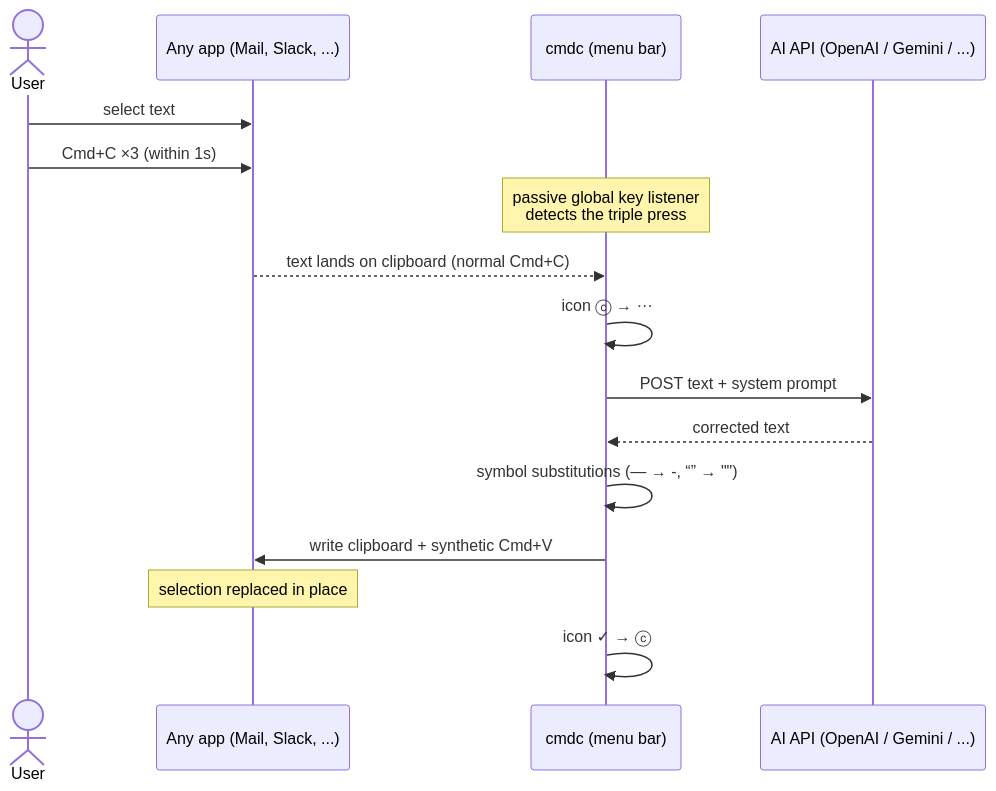
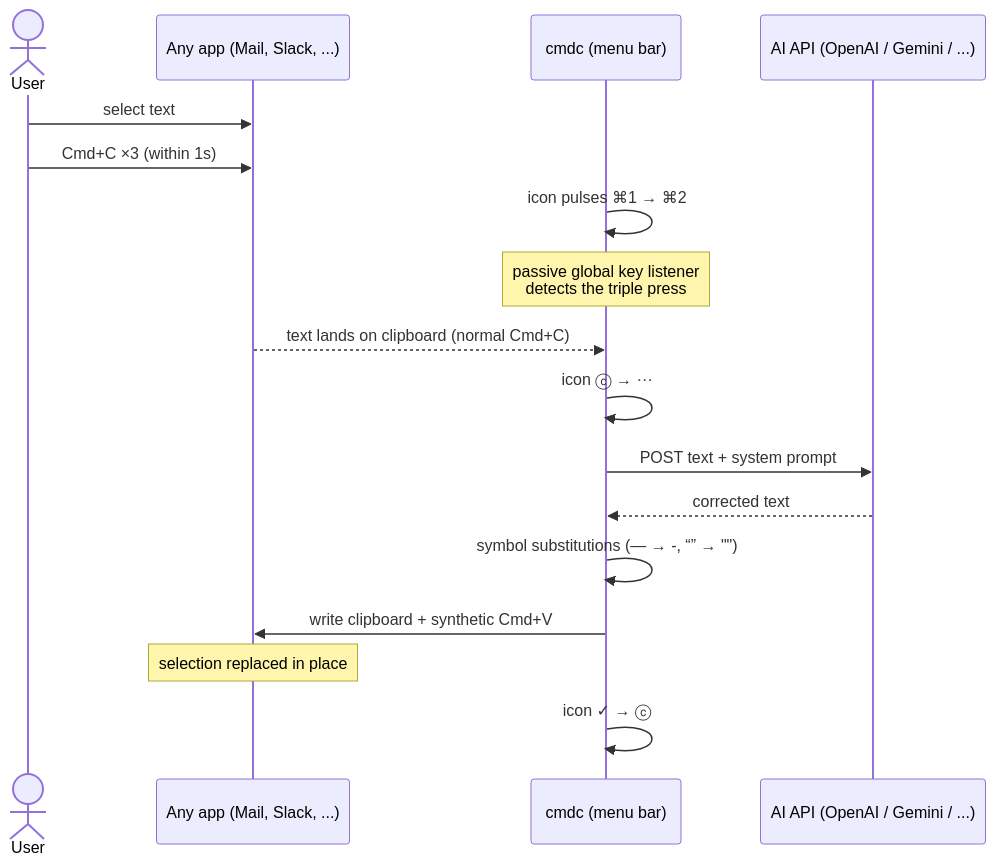
The diagram in README.md (gunkow/cmdc), drawn with Mermaid before and after one commit. The commit also changed other lines of this file and 3 other files, not shown here.

````diff
--- a/README.md
+++ b/README.md
@@ -7,19 +7,20 @@
 ```mermaid
 sequenceDiagram
     actor U as User
     participant A as Any app (Mail, Slack, ...)
     participant C as cmdc (menu bar)
     participant AI as AI API (OpenAI / Gemini / ...)
 
     U->>A: select text
     U->>A: Cmd+C ×3 (within 1s)
+    C->>C: icon pulses ⌘1 → ⌘2
     Note over C: passive global key listener<br/>detects the triple press
     A-->>C: text lands on clipboard (normal Cmd+C)
     C->>C: icon ⓒ → ⋯
     C->>AI: POST text + system prompt
     AI-->>C: corrected text
     C->>C: symbol substitutions (— → -, “” → "")
     C->>A: write clipboard + synthetic Cmd+V
     Note over A: selection replaced in place
     C->>C: icon ✓ → ⓒ
 ```
````
